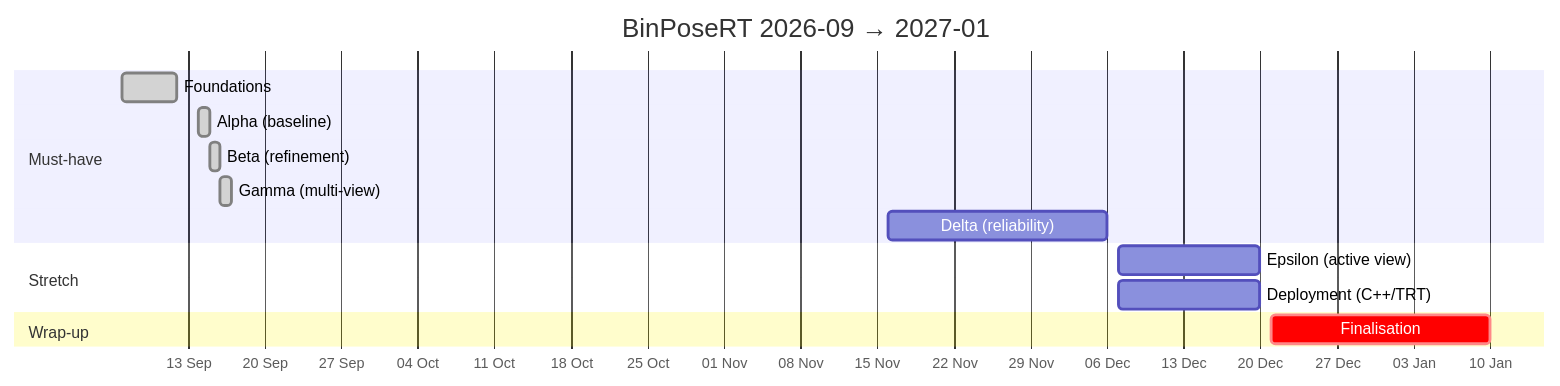
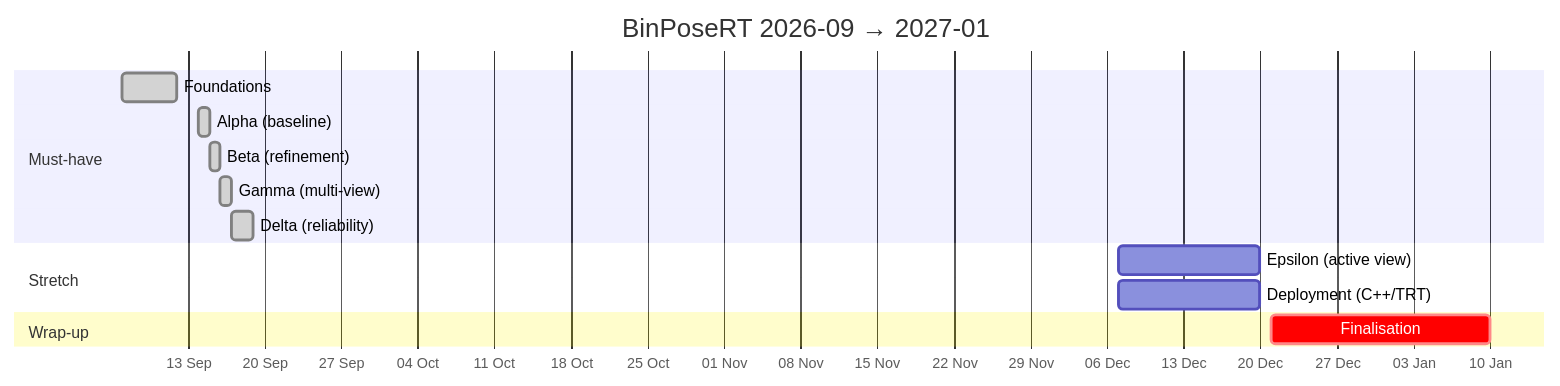
The diagram in docs/MILESTONES.md (ahmadmasood43/BinPoseRT), drawn with Mermaid before and after one commit. The commit also changed other lines of this file and 38 other files, not shown here.

````diff
--- a/docs/MILESTONES.md
+++ b/docs/MILESTONES.md
@@ -29,17 +29,17 @@
 ```mermaid
 gantt
     title BinPoseRT 2026-09 → 2027-01
     dateFormat  YYYY-MM-DD
     axisFormat  %d %b
     section Must-have
     Foundations            :done,    m1, 2026-09-07, 2026-09-12
     Alpha (baseline)       :done,    m2, 2026-09-14, 2026-09-15
     Beta (refinement)      :done,    m3, 2026-09-15, 2026-09-16
     Gamma (multi-view)     :done,    m4, 2026-09-16, 2026-09-17
-    Delta (reliability)    :         m5, 2026-11-16, 2026-12-06
+    Delta (reliability)    :done,    m5, 2026-09-17, 2026-09-19
     section Stretch
     Epsilon (active view)  :         m6, 2026-12-07, 2026-12-20
     Deployment (C++/TRT)   :         m7, 2026-12-07, 2026-12-20
     section Wrap-up
     Finalisation           :crit,    m8, 2026-12-21, 2027-01-10
 ```
````
